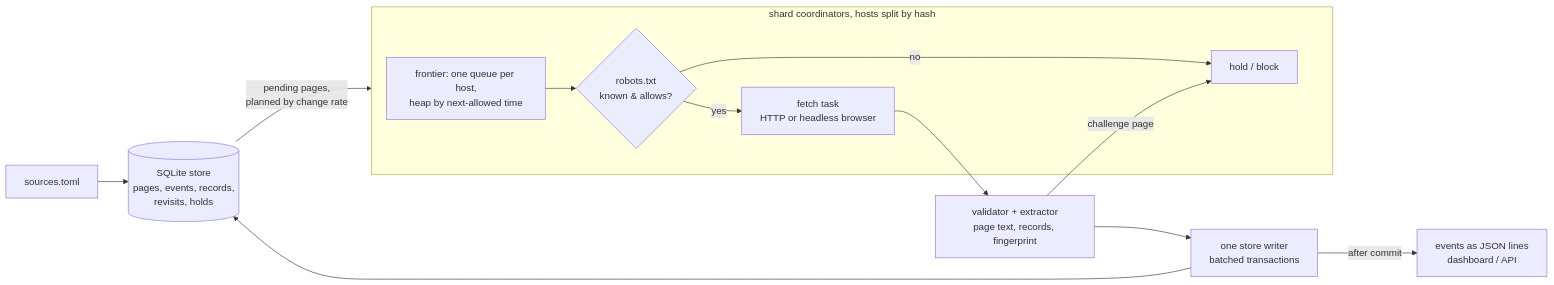
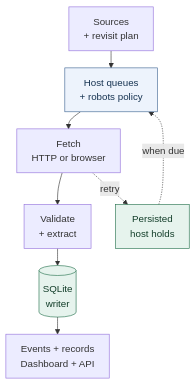
The diagram in README.md (daefery/rayap), drawn with Mermaid before and after one commit. The commit also changed other lines of this file and 2 other files, not shown here.

````diff
--- a/README.md
+++ b/README.md
@@ -59,15 +134,15 @@
 ```mermaid
-flowchart LR
-    S[sources.toml] --> ST[(SQLite store<br/>pages, events, records,<br/>revisits, holds)]
-    ST -->|pending pages,<br/>planned by change rate| SH
-    subgraph SH[shard coordinators, hosts split by hash]
-        F[frontier: one queue per host,<br/>heap by next-allowed time] --> R{robots.txt<br/>known & allows?}
-        R -->|no| H[hold / block]
-        R -->|yes| X[fetch task<br/>HTTP or headless browser]
-    end
-    X --> V[validator + extractor<br/>page text, records, fingerprint]
-    V -->|challenge page| H
-    V --> W[one store writer<br/>batched transactions]
-    W --> ST
-    W -->|after commit| E[events as JSON lines<br/>dashboard / API]
+%%{init: {"flowchart": {"nodeSpacing": 20, "rankSpacing": 28, "padding": 12}}}%%
+flowchart TB
+    S["Sources<br/>+ revisit plan"] --> Q["Host queues<br/>+ robots policy"]
+    Q --> F["Fetch<br/>HTTP or browser"]
+    F --> V["Validate<br/>+ extract"]
+    V --> W[("SQLite<br/>writer")]
+    W --> O["Events + records<br/>Dashboard + API"]
+    F -. retry .-> H["Persisted<br/>host holds"]
+    H -. when due .-> Q
+    classDef storage fill:#e6f3ed,stroke:#23704c,color:#123d29
+    classDef policy fill:#edf3fc,stroke:#3d6391,color:#163351
+    class W,H storage
+    class Q policy
 ```
````
